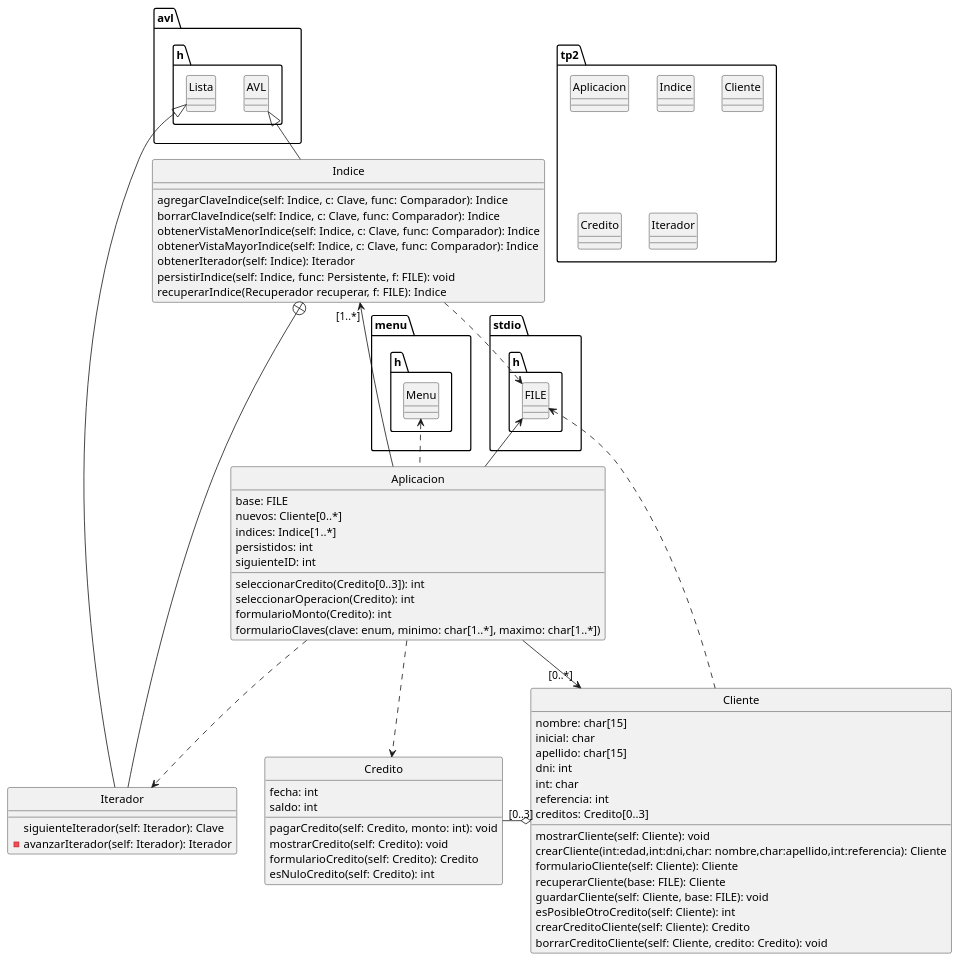
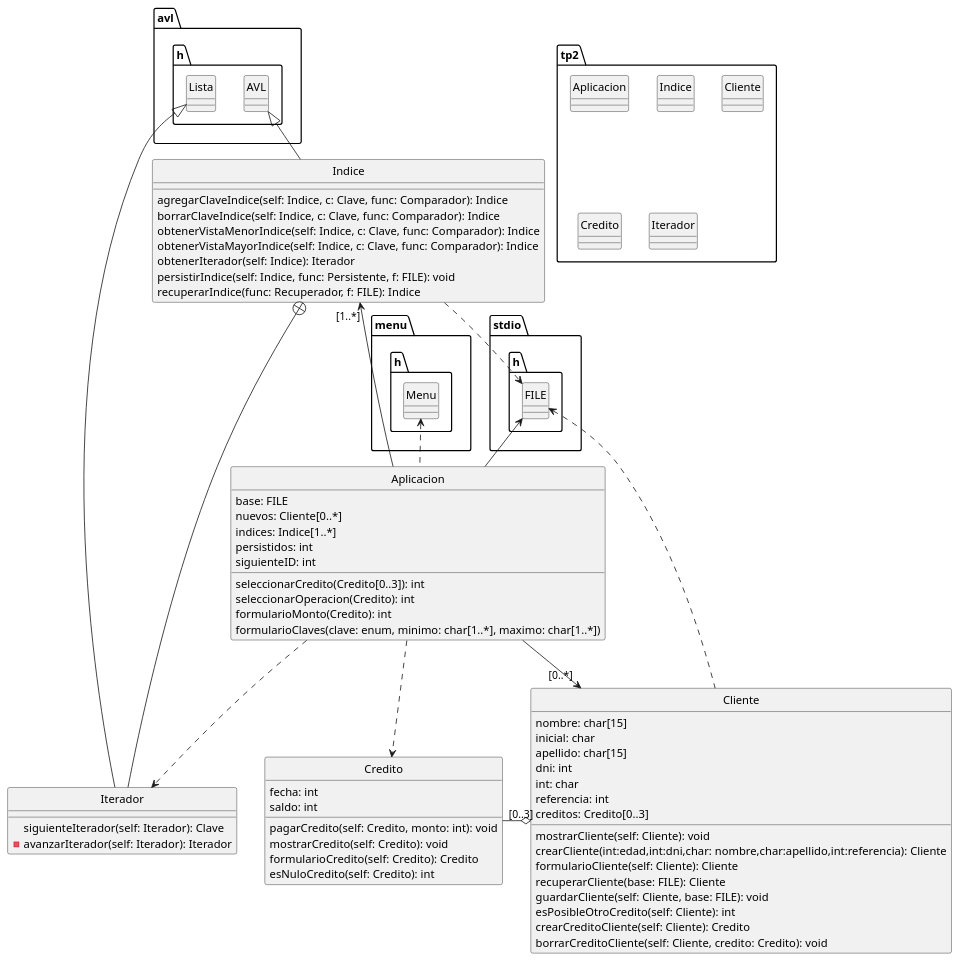
Before and after one commit to HeraclitoDeEfeso/TP-final-parte-2: the diagram in diagrama.puml, drawn with PlantUML.

Commit message:
Indice: UML correccion

```diff
--- a/diagrama.puml
+++ b/diagrama.puml
@@ -1,93 +1,93 @@
 @startuml
 
 package tp2 <<Folder>> {
     class Aplicacion
     class Indice
     class Cliente
     class Credito
     class Iterador
 }
 
 package stdio.h <<Folder>> {
     class FILE
 }
 
 package avl.h <<Folder>> {
     class AVL
     class Lista
 }
 
 package menu.h <<Folder>> {
     class Menu
 }
 
 class Aplicacion {
 	base: FILE
 	nuevos: Cliente[0..*]
 	indices: Indice[1..*]
 	persistidos: int
 	siguienteID: int
 	seleccionarCredito(Credito[0..3]): int
 	seleccionarOperacion(Credito): int
 	formularioMonto(Credito): int
 	formularioClaves(clave: enum, minimo: char[1..*], maximo: char[1..*])
 }
 
 class Cliente {
 	nombre: char[15]
  	inicial: char
 	apellido: char[15]
 	dni: int
 	int: char
 	referencia: int
 	creditos: Credito[0..3]
 	mostrarCliente(self: Cliente): void
 	crearCliente(int:edad,int:dni,char: nombre,char:apellido,int:referencia): Cliente
 	formularioCliente(self: Cliente): Cliente
 	recuperarCliente(base: FILE): Cliente
 	guardarCliente(self: Cliente, base: FILE): void
 	esPosibleOtroCredito(self: Cliente): int
 	crearCreditoCliente(self: Cliente): Credito
 	borrarCreditoCliente(self: Cliente, credito: Credito): void
 }
 
 class Credito {
 	fecha: int
   	saldo: int
 	pagarCredito(self: Credito, monto: int): void
 	mostrarCredito(self: Credito): void
 	formularioCredito(self: Credito): Credito
 	esNuloCredito(self: Credito): int
 }
 
 class Indice {
     agregarClaveIndice(self: Indice, c: Clave, func: Comparador): Indice
     borrarClaveIndice(self: Indice, c: Clave, func: Comparador): Indice
     obtenerVistaMenorIndice(self: Indice, c: Clave, func: Comparador): Indice
     obtenerVistaMayorIndice(self: Indice, c: Clave, func: Comparador): Indice
     obtenerIterador(self: Indice): Iterador
     persistirIndice(self: Indice, func: Persistente, f: FILE): void
-    recuperarIndice(Recuperador recuperar, f: FILE): Indice
+    recuperarIndice(func: Recuperador, f: FILE): Indice
 }
 
 class Iterador {
     siguienteIterador(self: Iterador): Clave
     -avanzarIterador(self: Iterador): Iterador
 }
 
 Aplicacion .up.> Menu
 Aplicacion -left-> "[1..*]" Indice
 Aplicacion -up-> FILE
 Aplicacion --> "[0..*]" Cliente
 Aplicacion ..> Credito
 Cliente o-left- "[0..3]" Credito
 Cliente .up.> FILE
 Indice ..> FILE
 Indice -up-|> AVL
 Indice +-down- Iterador
 Iterador -up-|> Lista
 Aplicacion ..> Iterador
 
 hide class circle
 
 @enduml
```
